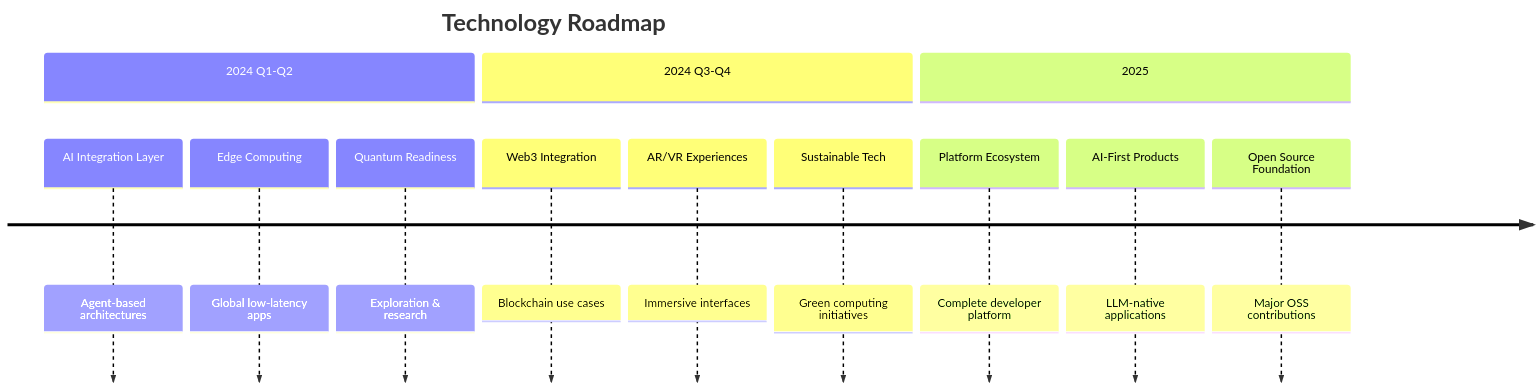
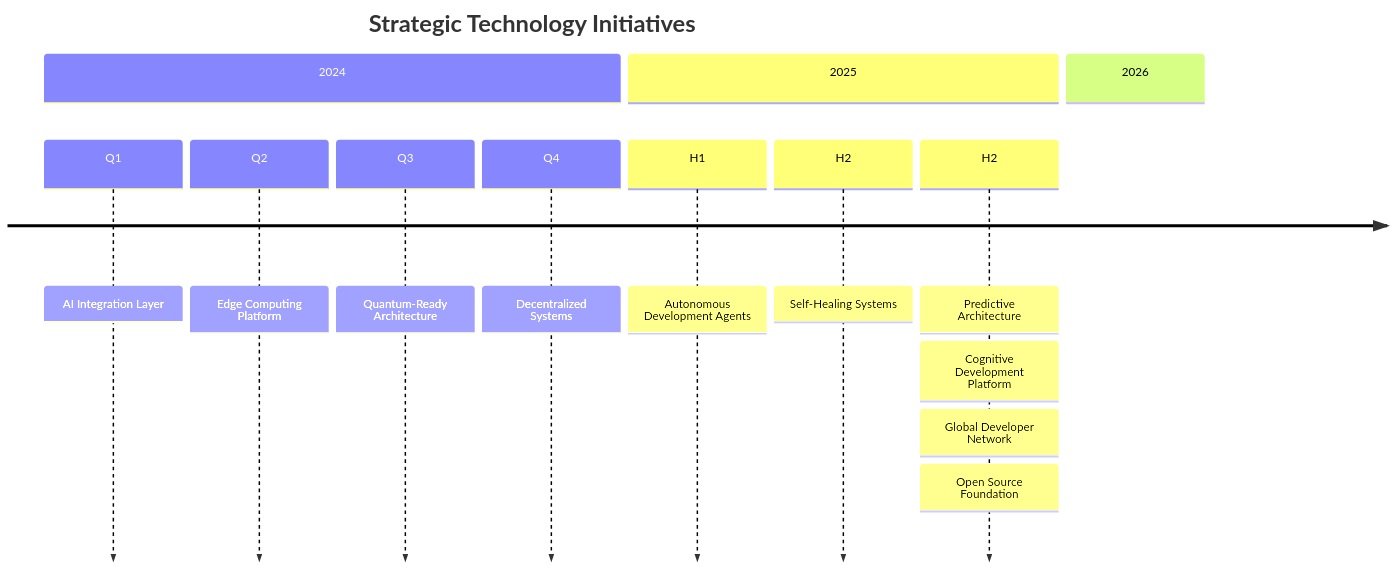
One commit to mentech93/mentech93 changed the eighth of 9 diagrams in README.md. Above: the diagram before and after it, drawn with Mermaid. The commit also changed other lines of this file, not shown here.

````diff
--- a/README.md
+++ b/README.md
@@ -290,16 +589,17 @@
 ```mermaid
 timeline
-    title Technology Roadmap
-    section 2024 Q1-Q2
-        AI Integration Layer      : Agent-based architectures
-        Edge Computing           : Global low-latency apps
-        Quantum Readiness        : Exploration & research
-    section 2024 Q3-Q4
-        Web3 Integration         : Blockchain use cases
-        AR/VR Experiences        : Immersive interfaces
-        Sustainable Tech         : Green computing initiatives
+    title Strategic Technology Initiatives
+    section 2024
+        Q1 : AI Integration Layer
+        Q2 : Edge Computing Platform
+        Q3 : Quantum-Ready Architecture
+        Q4 : Decentralized Systems
     section 2025
-        Platform Ecosystem       : Complete developer platform
-        AI-First Products        : LLM-native applications
-        Open Source Foundation   : Major OSS contributions
+        H1 : Autonomous Development Agents
+        H2 : Self-Healing Systems
+        H2 : Predictive Architecture
+    section 2026
+        : Cognitive Development Platform
+        : Global Developer Network
+        : Open Source Foundation
 ```
````
